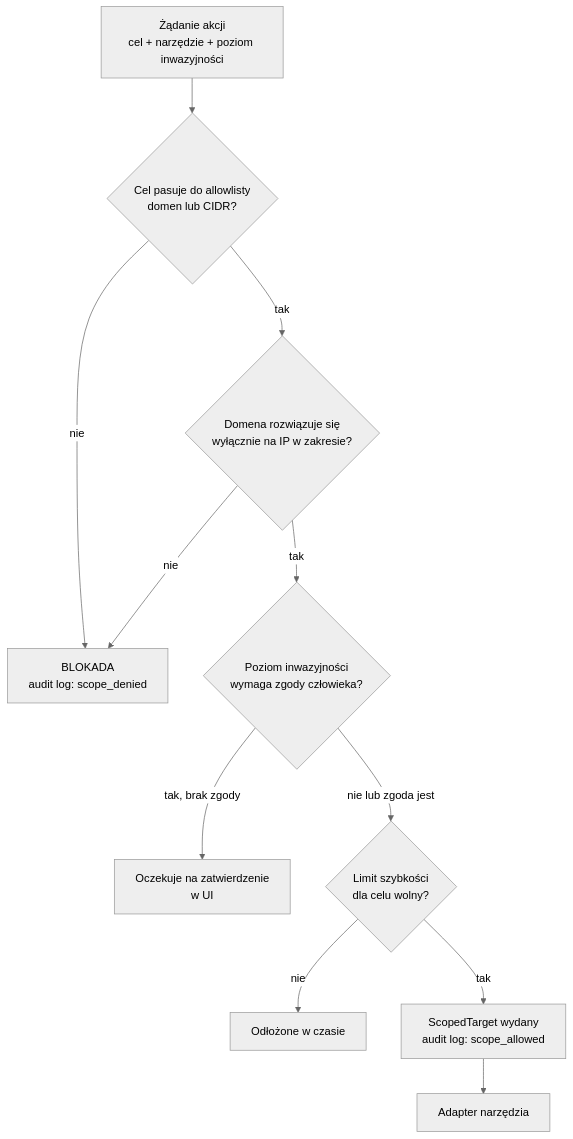
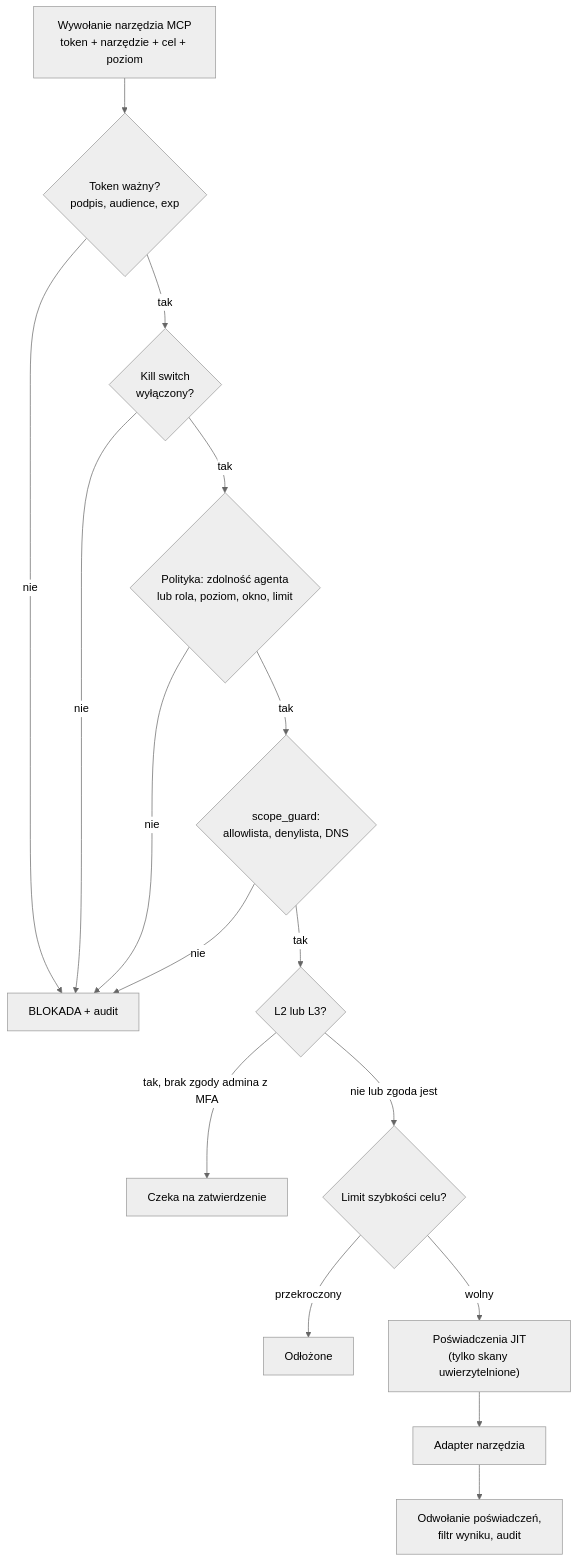
One commit to bartekmosionek12-bit/Sentinel changed the second of 8 diagrams in docs/ARCHITECTURE.md. Above: the diagram before and after it, drawn with Mermaid (neutral theme). The commit also changed other lines of this file and 1 other file, not shown here.

First line of the commit message:
docs: architektura v2 pod pełną specyfikację, ROADMAP z linią cięcia

````diff
--- a/docs/ARCHITECTURE.md
+++ b/docs/ARCHITECTURE.md
@@ -153,13 +210,18 @@
 ```mermaid
 flowchart TD
-    A["Żądanie akcji<br/>cel + narzędzie + poziom inwazyjności"] --> B{"Cel pasuje do allowlisty<br/>domen lub CIDR?"}
-    B -- nie --> X["BLOKADA<br/>audit log: scope_denied"]
-    B -- tak --> C{"Domena rozwiązuje się<br/>wyłącznie na IP w zakresie?"}
-    C -- nie --> X
-    C -- tak --> D{"Poziom inwazyjności<br/>wymaga zgody człowieka?"}
-    D -- tak, brak zgody --> W["Oczekuje na zatwierdzenie<br/>w UI"]
-    D -- nie lub zgoda jest --> E{"Limit szybkości<br/>dla celu wolny?"}
-    E -- nie --> Q["Odłożone w czasie"]
-    E -- tak --> F["ScopedTarget wydany<br/>audit log: scope_allowed"]
-    F --> G["Adapter narzędzia"]
+    A["Wywołanie narzędzia MCP<br/>token + narzędzie + cel + poziom"] --> T{"Token ważny?<br/>podpis, audience, exp"}
+    T -- nie --> X["BLOKADA + audit"]
+    T -- tak --> K{"Kill switch<br/>wyłączony?"}
+    K -- nie --> X
+    K -- tak --> P{"Polityka: zdolność agenta<br/>lub rola, poziom, okno, limit"}
+    P -- nie --> X
+    P -- tak --> B{"scope_guard:<br/>allowlista, denylista, DNS"}
+    B -- nie --> X
+    B -- tak --> D{"L2 lub L3?"}
+    D -- tak, brak zgody admina z MFA --> W["Czeka na zatwierdzenie"]
+    D -- nie lub zgoda jest --> R{"Limit szybkości celu?"}
+    R -- przekroczony --> Q["Odłożone"]
+    R -- wolny --> J["Poświadczenia JIT<br/>(tylko skany uwierzytelnione)"]
+    J --> E["Adapter narzędzia"]
+    E --> V["Odwołanie poświadczeń,<br/>filtr wyniku, audit"]
 ```
````
